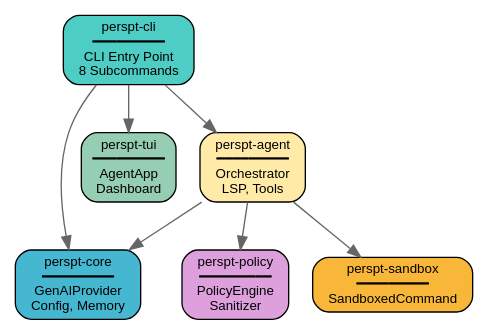
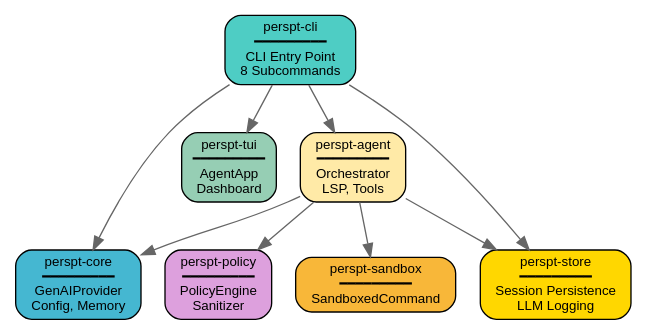
One commit to eonseed/perspt changed the diagram in docs/perspt_book/source/concepts/workspace-crates.rst. Above: the diagram before and after it, drawn with Graphviz. The commit also changed other lines of this file and 25 other files, not shown here.

First line of the commit message:
docs: comprehensive update to 7-crate architecture and PDF generation fixes

```diff
--- a/docs/perspt_book/source/concepts/workspace-crates.rst
+++ b/docs/perspt_book/source/concepts/workspace-crates.rst
@@ -11,23 +11,26 @@
 .. graphviz::
    :align: center
    :caption: Crate Dependency Graph
 
    digraph workspace {
        rankdir=TB;
        node [shape=box, style="rounded,filled", fontname="Helvetica", fontsize=10];
        edge [color="#666666"];
        
        cli [label="perspt-cli\n━━━━━━━━━\nCLI Entry Point\n8 Subcommands", fillcolor="#4ECDC4"];
        core [label="perspt-core\n━━━━━━━━━\nGenAIProvider\nConfig, Memory", fillcolor="#45B7D1"];
        tui [label="perspt-tui\n━━━━━━━━━\nAgentApp\nDashboard", fillcolor="#96CEB4"];
        agent [label="perspt-agent\n━━━━━━━━━\nOrchestrator\nLSP, Tools", fillcolor="#FFEAA7"];
        policy [label="perspt-policy\n━━━━━━━━━\nPolicyEngine\nSanitizer", fillcolor="#DDA0DD"];
        sandbox [label="perspt-sandbox\n━━━━━━━━━\nSandboxedCommand", fillcolor="#F8B739"];
+       store [label="perspt-store\n━━━━━━━━━\nSession Persistence\nLLM Logging", fillcolor="#FFD700"];
        
        cli -> core;
        cli -> tui;
        cli -> agent;
+       cli -> store;
        agent -> core;
        agent -> policy;
        agent -> sandbox;
+       agent -> store;
    }
```
